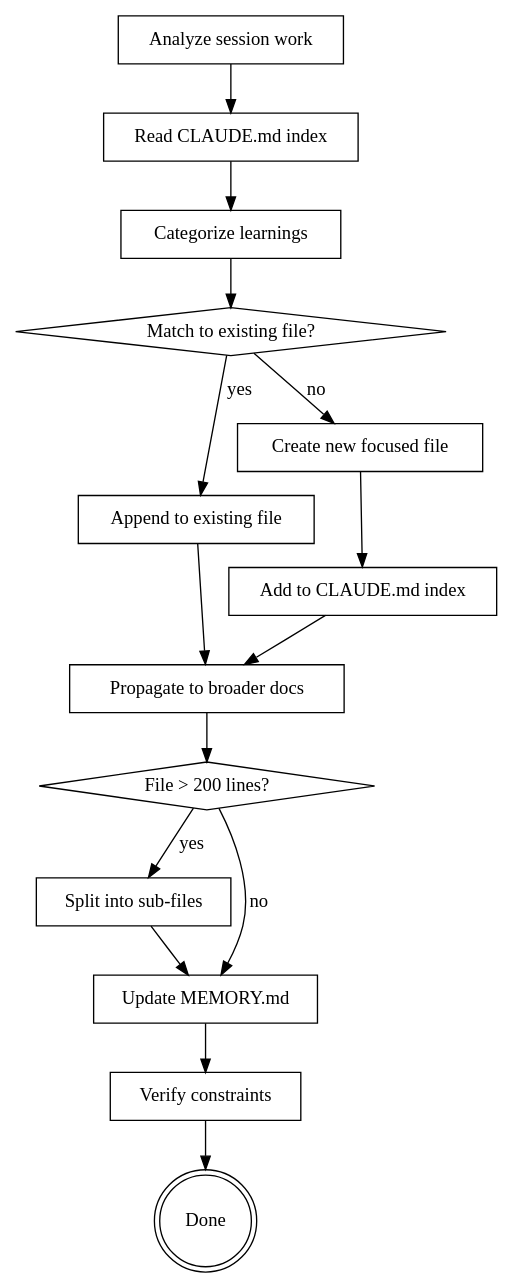
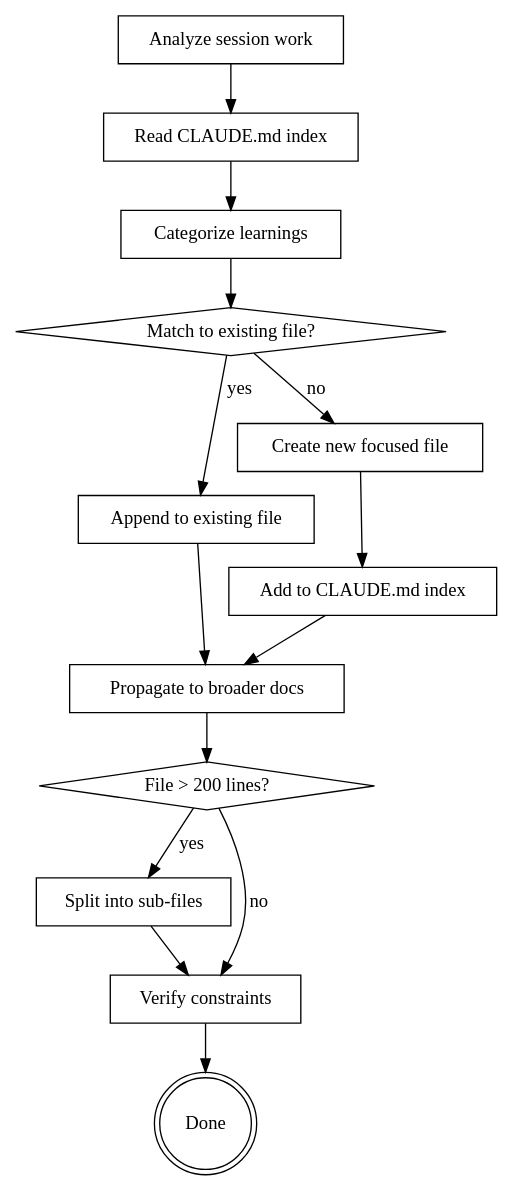
Before and after one commit to g-brodiei/project-memory: the diagram in skills/capture/SKILL.md, drawn with Graphviz. The commit also changed other lines of this file and 4 other files, not shown here.

````diff
--- a/skills/capture/SKILL.md
+++ b/skills/capture/SKILL.md
@@ -32,32 +31,30 @@
 ```dot
 digraph capture {
     "Analyze session work" [shape=box];
     "Read CLAUDE.md index" [shape=box];
     "Categorize learnings" [shape=box];
     "Match to existing file?" [shape=diamond];
     "Append to existing file" [shape=box];
     "Propagate to broader docs" [shape=box];
     "Create new focused file" [shape=box];
     "Add to CLAUDE.md index" [shape=box];
     "File > 200 lines?" [shape=diamond];
     "Split into sub-files" [shape=box];
-    "Update MEMORY.md" [shape=box];
     "Verify constraints" [shape=box];
     "Done" [shape=doublecircle];
 
     "Analyze session work" -> "Read CLAUDE.md index";
     "Read CLAUDE.md index" -> "Categorize learnings";
     "Categorize learnings" -> "Match to existing file?";
     "Match to existing file?" -> "Append to existing file" [label="yes"];
     "Match to existing file?" -> "Create new focused file" [label="no"];
     "Create new focused file" -> "Add to CLAUDE.md index";
     "Append to existing file" -> "Propagate to broader docs";
     "Add to CLAUDE.md index" -> "Propagate to broader docs";
     "Propagate to broader docs" -> "File > 200 lines?";
     "File > 200 lines?" -> "Split into sub-files" [label="yes"];
-    "File > 200 lines?" -> "Update MEMORY.md" [label="no"];
-    "Split into sub-files" -> "Update MEMORY.md";
-    "Update MEMORY.md" -> "Verify constraints";
+    "File > 200 lines?" -> "Verify constraints" [label="no"];
+    "Split into sub-files" -> "Verify constraints";
     "Verify constraints" -> "Done";
 }
 ```
````
